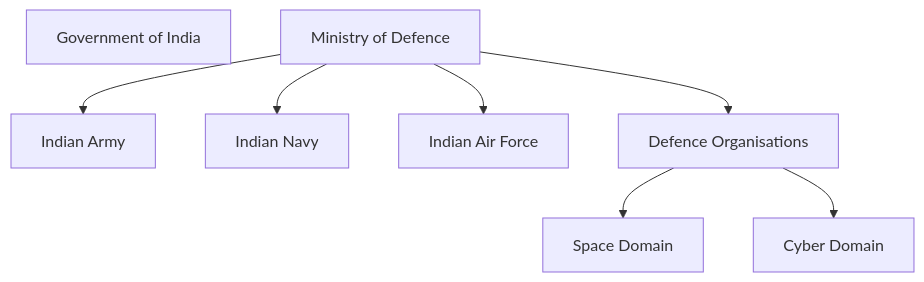
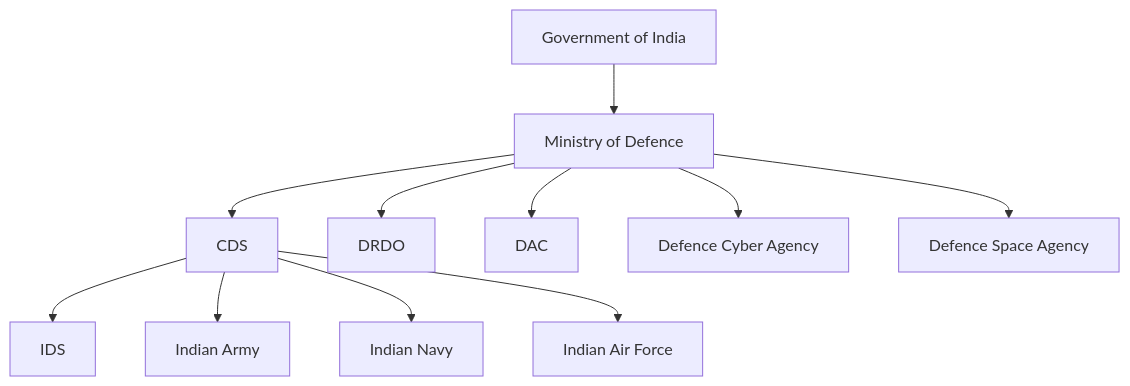
Before and after one commit to abhijitxroy/india: the second of 2 diagrams in 18-defence-and-national-security/README.md, drawn with Mermaid. The commit also changed other lines of this file and 10 other files, not shown here.

Commit message:
feat: consolidate repository architecture and learning domains

````diff
--- a/18-defence-and-national-security/README.md
+++ b/18-defence-and-national-security/README.md
@@ -188,13 +198,20 @@
 ```mermaid
 flowchart TD
-    Govt[Government of India]
+    GOI[Government of India]
     MOD[Ministry of Defence]
 
-    MOD --> Army[Indian Army]
-    MOD --> Navy[Indian Navy]
-    MOD --> AirForce[Indian Air Force]
+    GOI --> MOD
 
-    MOD --> Organisations[Defence Organisations]
-    Organisations --> Space[Space Domain]
-    Organisations --> Cyber[Cyber Domain]
+    MOD --> CDS[CDS]
+    CDS --> IDS[IDS]
+
+    CDS --> Army[Indian Army]
+    CDS --> Navy[Indian Navy]
+    CDS --> AirForce[Indian Air Force]
+
+    MOD --> DRDO[DRDO]
+    MOD --> DAC[DAC]
+
+    MOD --> Cyber[Defence Cyber Agency]
+    MOD --> Space[Defence Space Agency]
 ```
````
